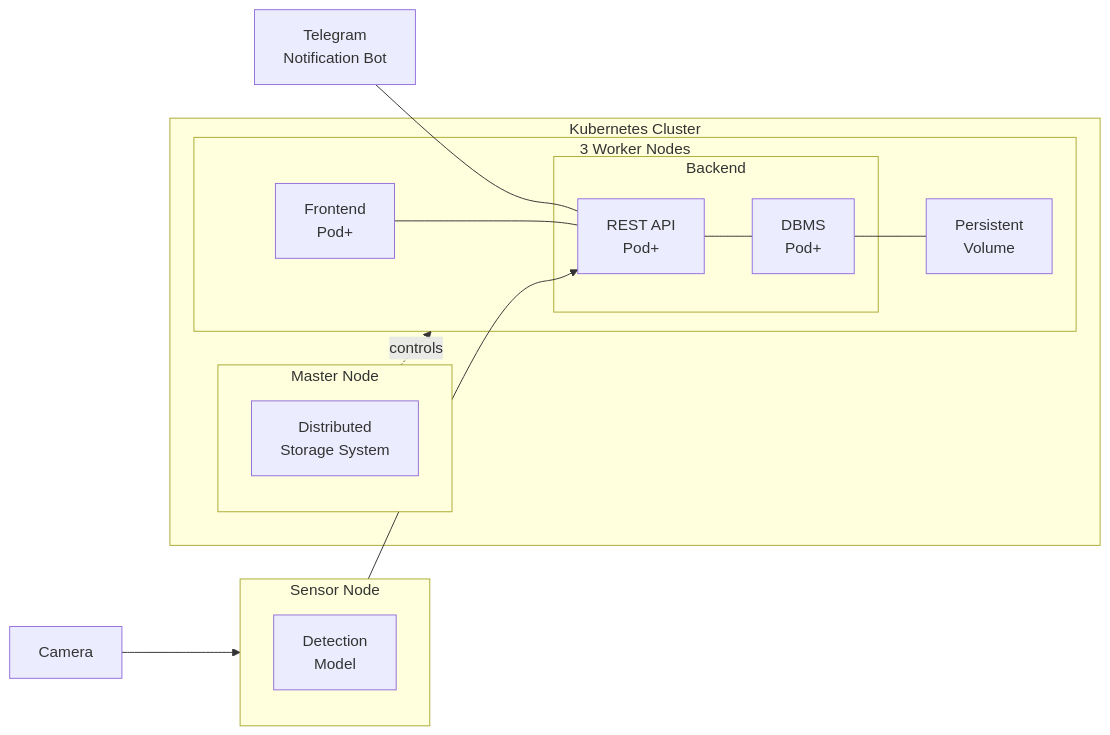
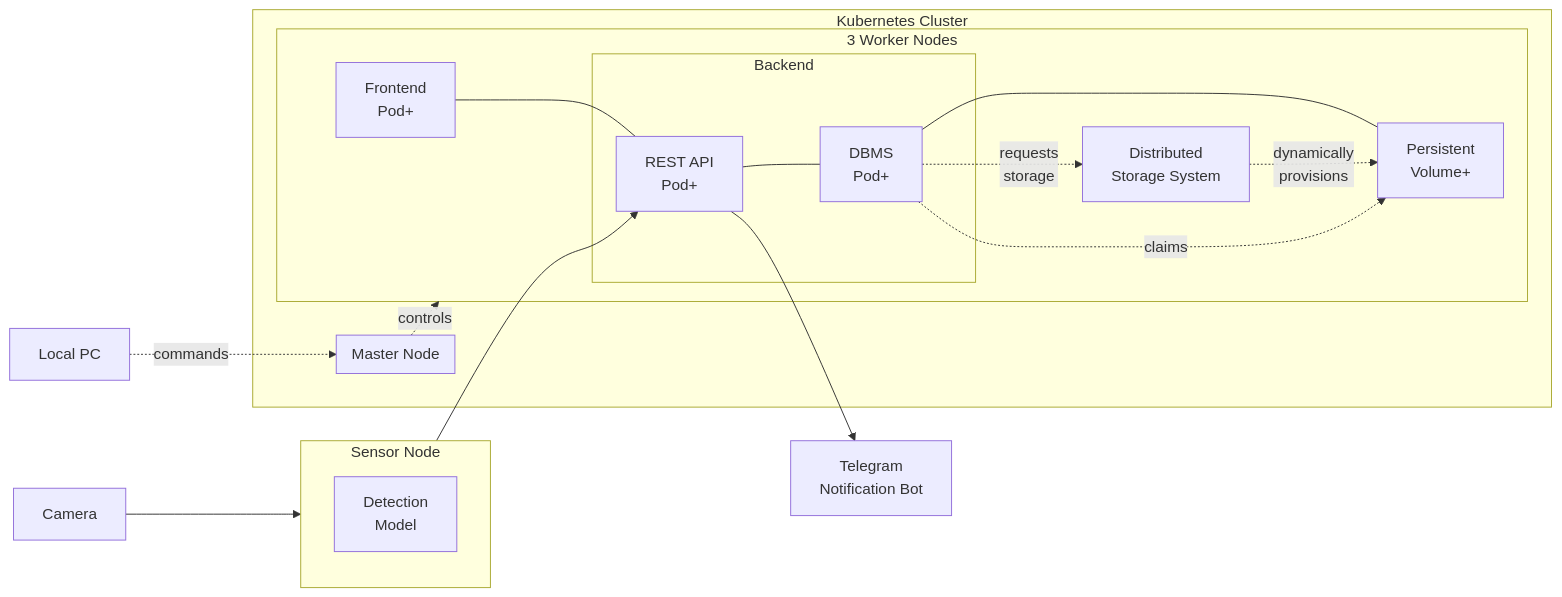
The second of 3 diagrams in docs/Group_2_SS23_ProjectReport.md (ccfrauasgr2/pet-detection), drawn with Mermaid before and after one commit. The commit also changed other lines of this file and 6 other files, not shown here.

````diff
--- a/docs/Group_2_SS23_ProjectReport.md
+++ b/docs/Group_2_SS23_ProjectReport.md
@@ -63,35 +63,36 @@
 ```mermaid
 flowchart LR
   camera[Camera]
 
   subgraph sensornode[Sensor Node]
     model[Detection\nModel]
   end
 
   subgraph cluster[Kubernetes Cluster]
 
     subgraph masterNode[Master Node]
-      dss[Distributed\nStorage System]
+      
     end
 
     subgraph workerNode[3 Worker Nodes]
       frontendContainer[Frontend\nPod+]
-      
+      dss[Distributed\nStorage System]
       subgraph backendContainer[Backend]
         restapiContainer[REST API\nPod+]
         dbmsContainer[DBMS\nPod+]
       end
-
-      persistentVolume[Persistent\nVolume]
+      persistentVolume[Persistent\nVolume+]
     end 
   end
 
-  
+  localPC[Local PC]
   bot[Telegram\nNotification Bot]
 
-  bot --- restapiContainer
-  masterNode -.controls.-> workerNode
+  restapiContainer --> bot
+  localPC -.commands.-> masterNode -.controls.-> workerNode
   frontendContainer --- restapiContainer --- dbmsContainer --- persistentVolume
   camera --> sensornode --> restapiContainer
+  dbmsContainer -.requests\nstorage.-> dss -.dynamically\nprovisions.-> persistentVolume
+  dbmsContainer -.claims.-> persistentVolume
   
 ```
````
